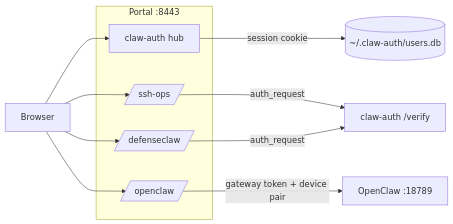
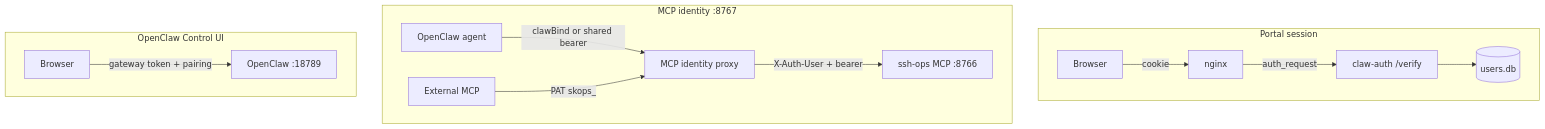
One commit to naboyd/clawlab changed the diagram in docs/ARCHITECTURE.md. Above: the diagram before and after it, drawn with Mermaid. The commit also changed other lines of this file and 30 other files, not shown here.

First line of the commit message:
Wire MCP auth install, ios-config extras, and usage documentation.

````diff
--- a/docs/ARCHITECTURE.md
+++ b/docs/ARCHITECTURE.md
@@ -98,19 +116,18 @@
 ```mermaid
-flowchart LR
-  subgraph portal [Portal :8443]
-    Hub[claw-auth hub]
-    MCP[/ssh-ops/]
-    DC[/defenseclaw/]
-    OC[/openclaw/]
+flowchart TB
+  subgraph portal_auth [Portal session]
+    Browser -->|cookie| nginx
+    nginx -->|auth_request| clawauth[claw-auth /verify]
+    clawauth --> AuthDB[(users.db)]
   end
 
-  Browser --> Hub
-  Browser --> MCP
-  Browser --> DC
-  Browser --> OC
+  subgraph mcp_auth [MCP identity :8767]
+    OC[OpenClaw agent] -->|clawBind or shared bearer| Proxy[MCP identity proxy]
+    Cursor[External MCP] -->|PAT skops_| Proxy
+    Proxy -->|X-Auth-User + bearer| RawMCP[ssh-ops MCP :8766]
+  end
 
-  Hub -->|session cookie| AuthDB[(~/.claw-auth/users.db)]
-  MCP -->|auth_request| AuthVerify[claw-auth /verify]
-  DC -->|auth_request| AuthVerify
-  OC -->|gateway token + device pair| GW[OpenClaw :18789]
+  subgraph oc_ui [OpenClaw Control UI]
+    UI[Browser] -->|gateway token + pairing| GW[OpenClaw :18789]
+  end
 ```
````
